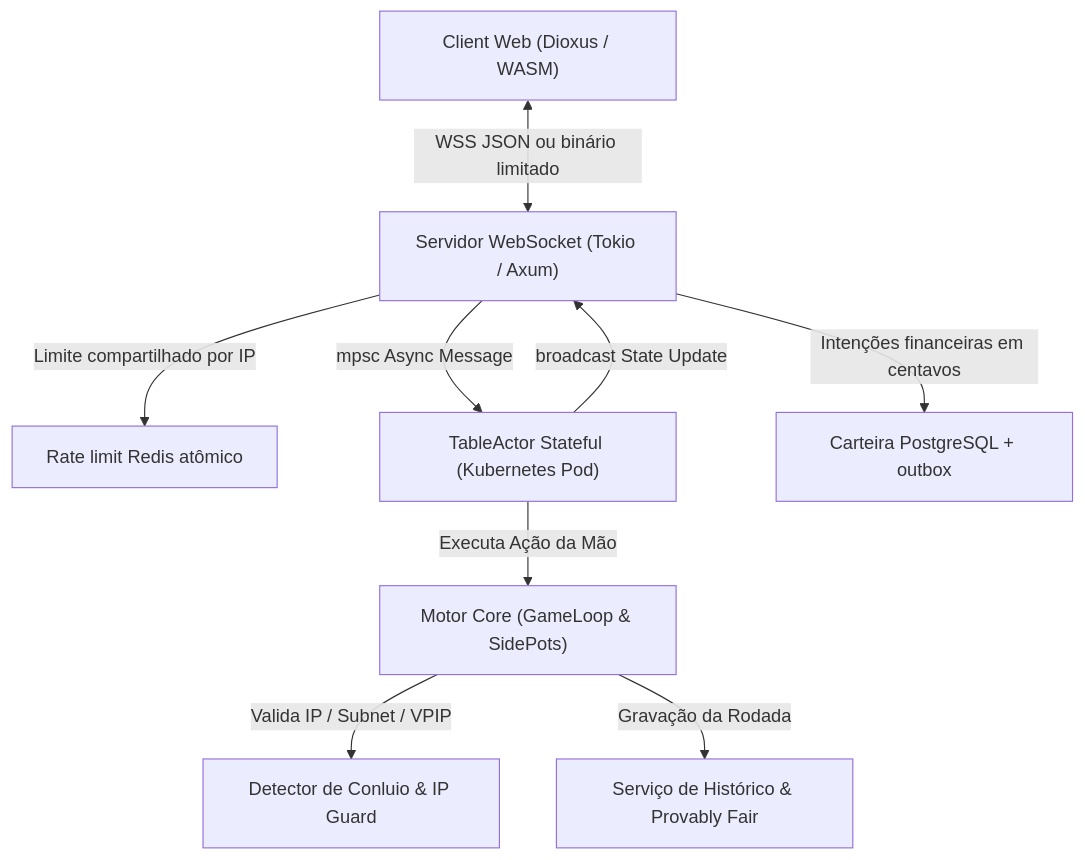
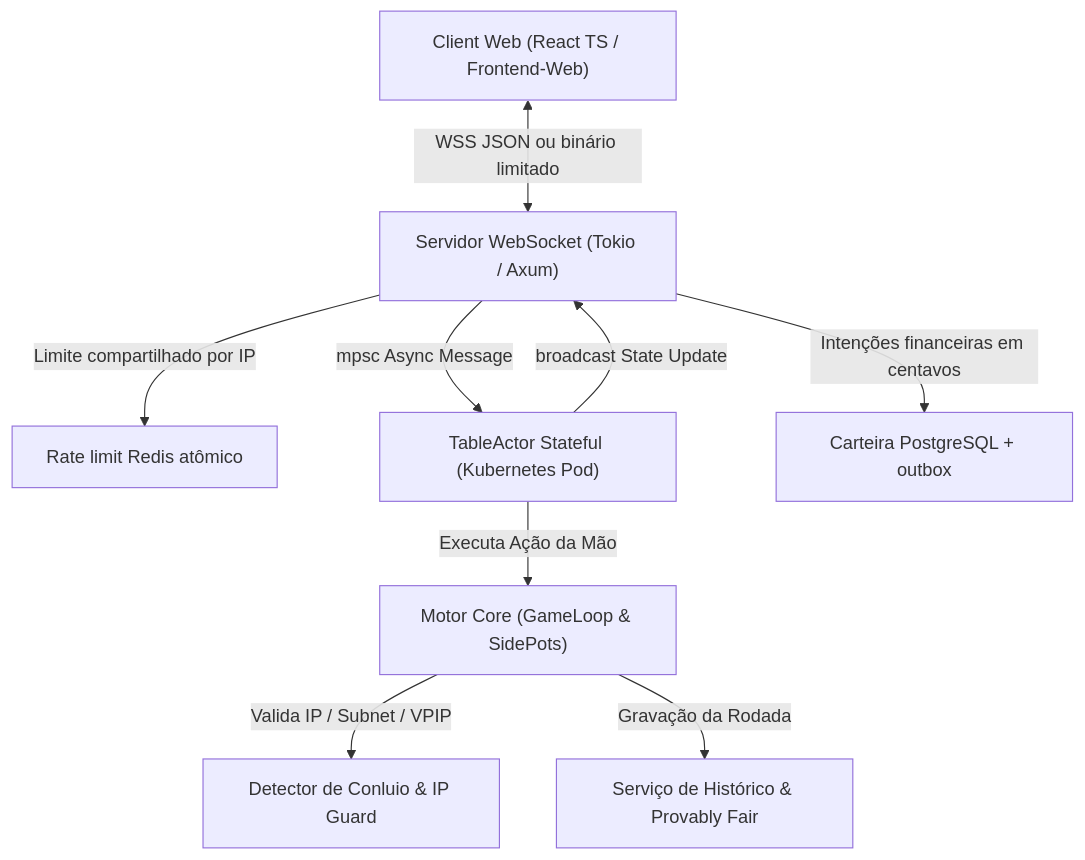
One commit to leofran2204/poker-platform changed the diagram in Documentacao/ARQUITETURA_E_APIS.md. Above: the diagram before and after it, drawn with Mermaid. The commit also changed other lines of this file and 20 other files, not shown here.

````diff
--- a/Documentacao/ARQUITETURA_E_APIS.md
+++ b/Documentacao/ARQUITETURA_E_APIS.md
@@ -14,20 +14,20 @@
 ```mermaid
 graph TD
-    Client["Client Web (Dioxus / WASM)"]
+    Client["Client Web (React TS / Frontend-Web)"]
     WS["Servidor WebSocket (Tokio / Axum)"]
     Limiter["Rate limit Redis atômico"]
     Actor["TableActor Stateful (Kubernetes Pod)"]
     Engine["Motor Core (GameLoop & SidePots)"]
     Ledger["Carteira PostgreSQL + outbox"]
     Antifraud["Detector de Conluio & IP Guard"]
     History["Serviço de Histórico & Provably Fair"]
 
     Client <-->|WSS JSON ou binário limitado| WS
     WS -->|Limite compartilhado por IP| Limiter
     WS -->|mpsc Async Message| Actor
     Actor -->|Executa Ação da Mão| Engine
     Engine -->|Valida IP / Subnet / VPIP| Antifraud
     WS -->|Intenções financeiras em centavos| Ledger
     Engine -->|Gravação da Rodada| History
     Actor -->|broadcast State Update| WS
 ```
````
